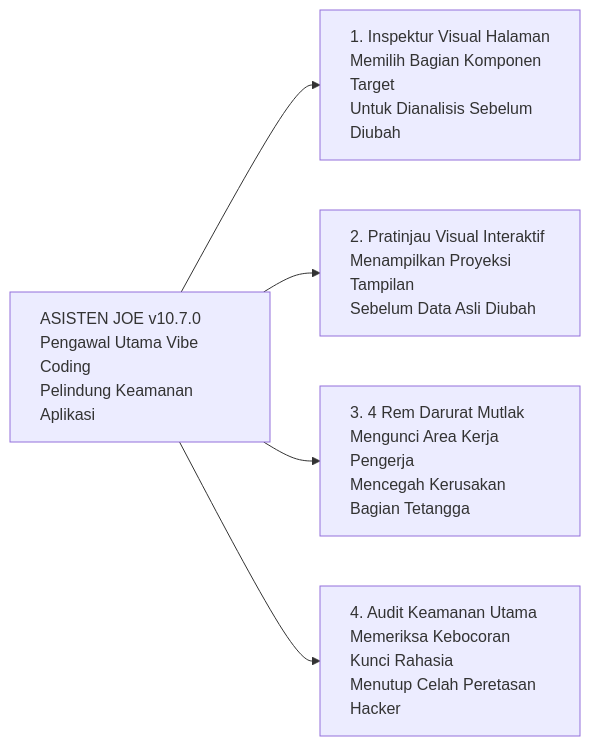
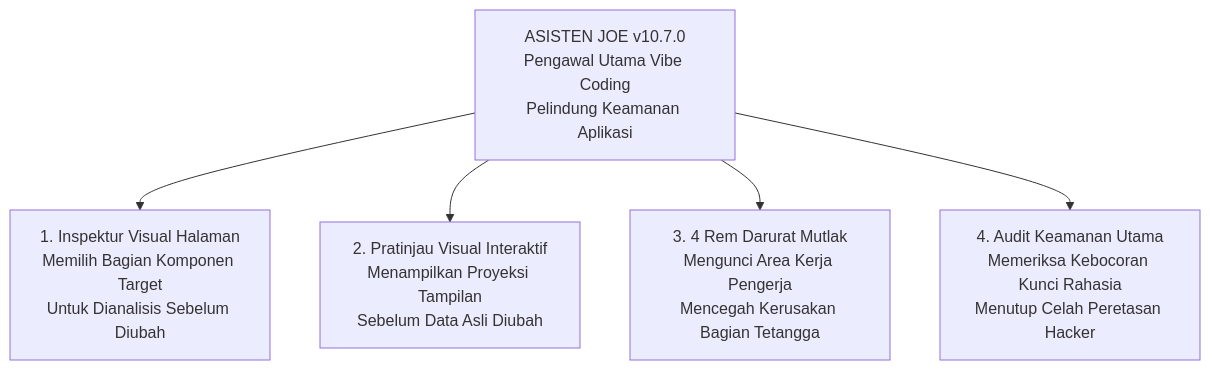
Before and after one commit to JoeAryadharma/saas-branching-blueprint: the third of 7 diagrams in README.md, drawn with Mermaid. The commit also changed other lines of this file, not shown here.

Commit message:
[STILISTIK] Mengubah Diagram 3 menjadi TD sehingga seluruh diagram seragam Top-Down Rata Tengah [v10.7.0]

````diff
--- a/README.md
+++ b/README.md
@@ -82,16 +82,10 @@
 ```mermaid
-flowchart LR
-    classDef default text-align:left;
+flowchart TD
+    classDef default text-align:center;
     SYSTEM["ASISTEN JOE v10.7.0\nPengawal Utama Vibe Coding\nPelindung Keamanan Aplikasi"]
 
     SYSTEM --> PILAR1["1. Inspektur Visual Halaman\nMemilih Bagian Komponen Target\nUntuk Dianalisis Sebelum Diubah"]
     SYSTEM --> PILAR2["2. Pratinjau Visual Interaktif\nMenampilkan Proyeksi Tampilan\nSebelum Data Asli Diubah"]
     SYSTEM --> PILAR3["3. 4 Rem Darurat Mutlak\nMengunci Area Kerja Pengerja\nMencegah Kerusakan Bagian Tetangga"]
     SYSTEM --> PILAR4["4. Audit Keamanan Utama\nMemeriksa Kebocoran Kunci Rahasia\nMenutup Celah Peretasan Hacker"]
-
-    style SYSTEM text-align:left
-    style PILAR1 text-align:left
-    style PILAR2 text-align:left
-    style PILAR3 text-align:left
-    style PILAR4 text-align:left
 ```
````
